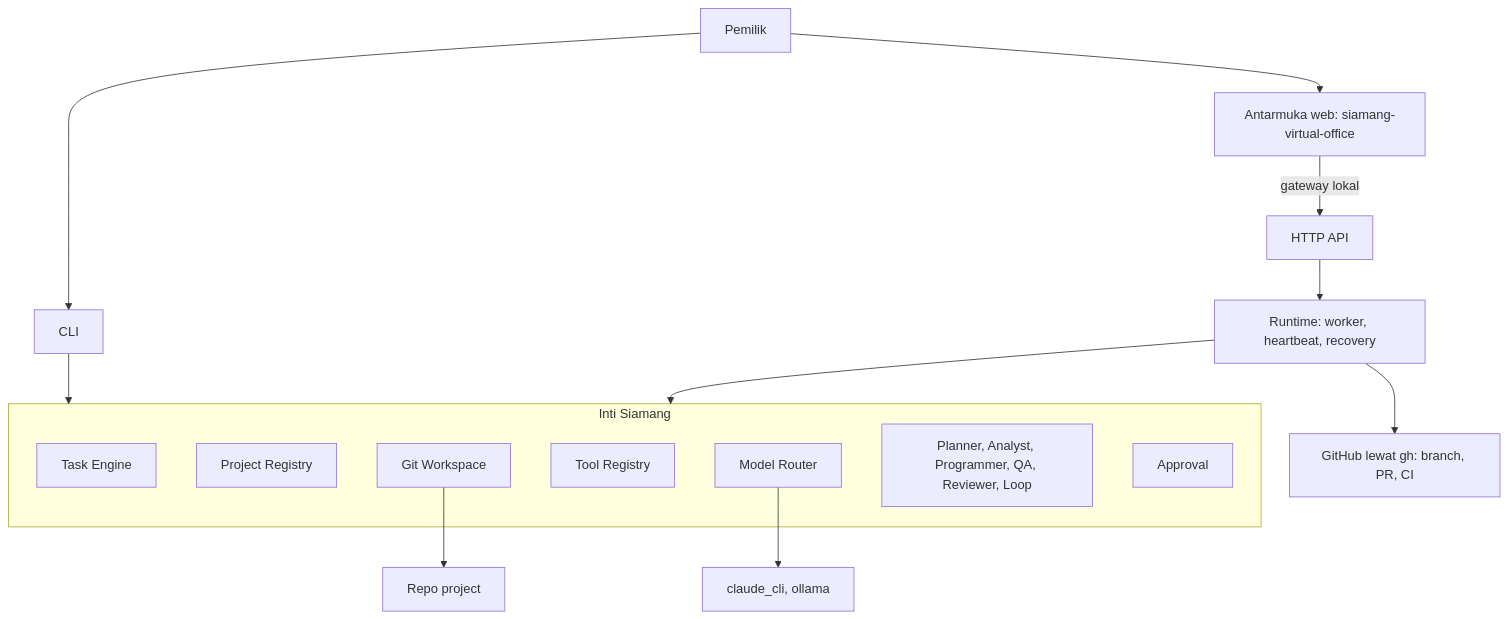
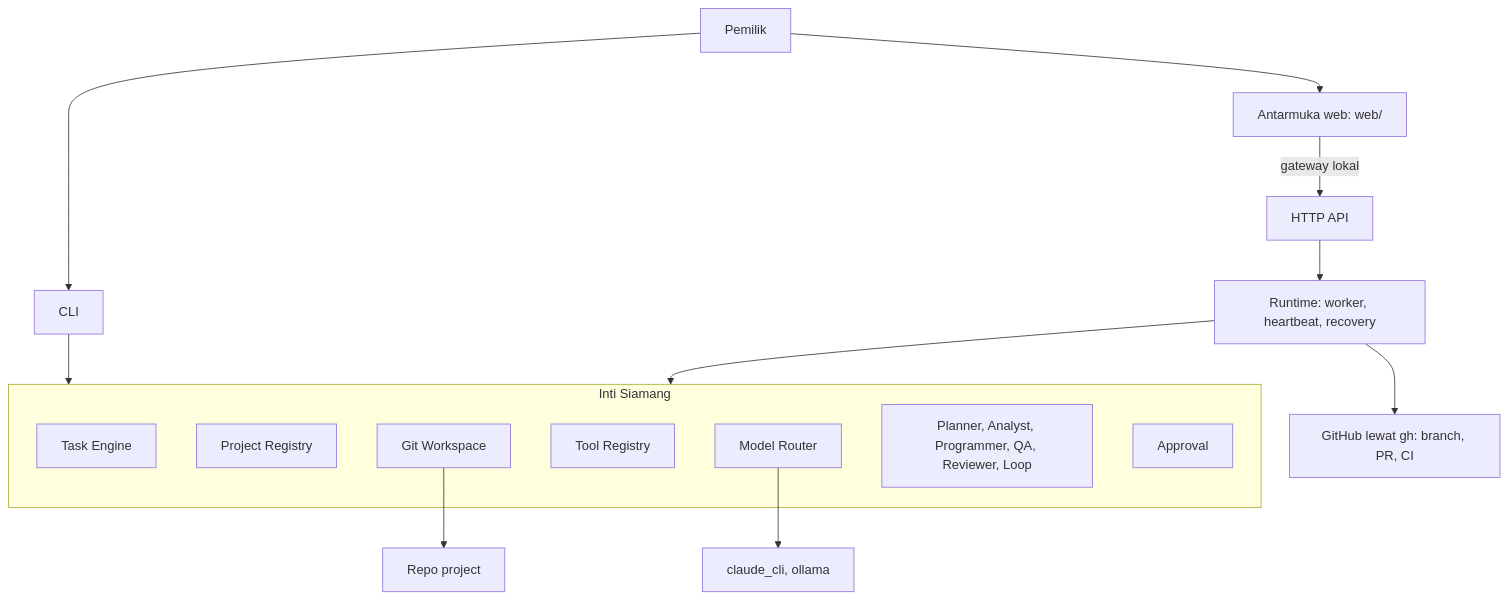
Before and after one commit to Rafie93/siamang-ai: the diagram in docs/ARCHITECTURE.md, drawn with Mermaid. The commit also changed 124 other files, not shown here.

````diff
--- a/docs/ARCHITECTURE.md
+++ b/docs/ARCHITECTURE.md
@@ -23,21 +23,21 @@
 ```mermaid
 flowchart TD
-  U[Pemilik] --> V[Antarmuka web: siamang-virtual-office]
+  U[Pemilik] --> V[Antarmuka web: web/]
   U --> CLI[CLI]
   V -->|gateway lokal| API[HTTP API]
   CLI --> CORE
   API --> RT[Runtime: worker, heartbeat, recovery]
   RT --> CORE
   subgraph CORE[Inti Siamang]
     TE[Task Engine]
     PR[Project Registry]
     GW[Git Workspace]
     TR[Tool Registry]
     MR[Model Router]
     AG[Planner, Analyst, Programmer, QA, Reviewer, Loop]
     AP[Approval]
   end
   RT --> GH[GitHub lewat gh: branch, PR, CI]
   MR --> M[claude_cli, ollama]
   GW --> RP[Repo project]
 ```
````
